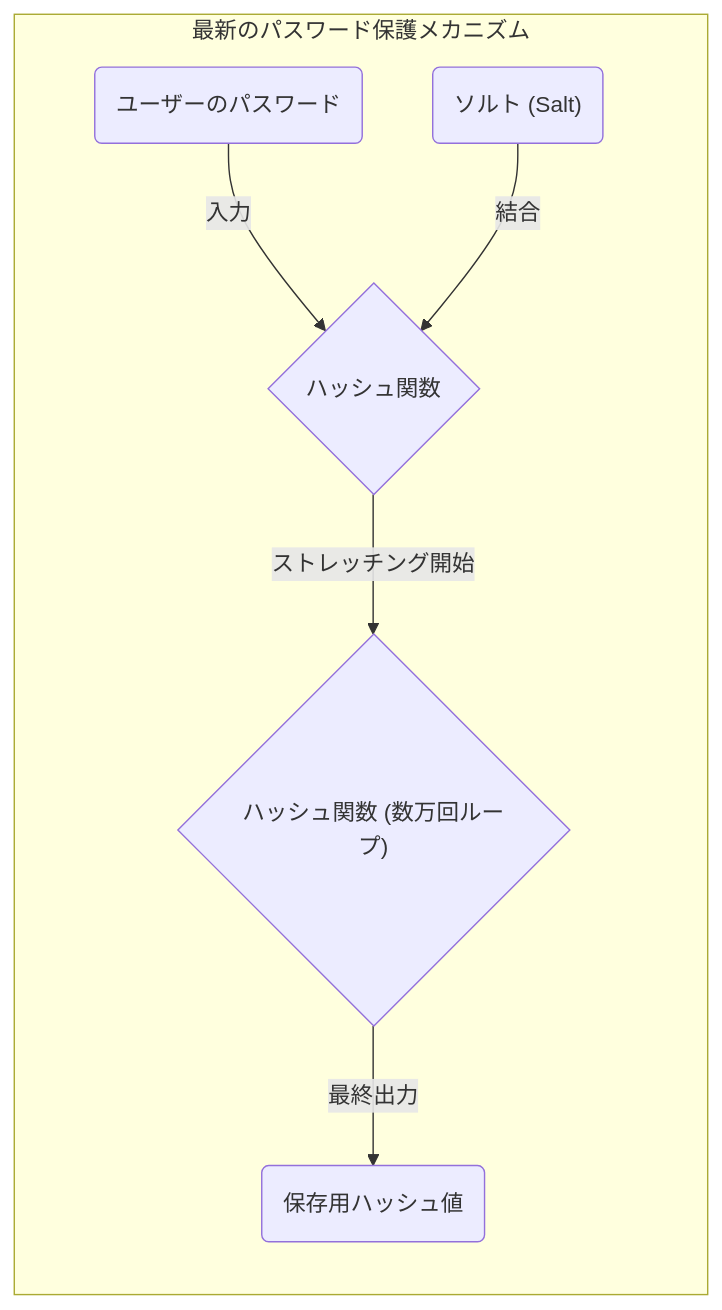
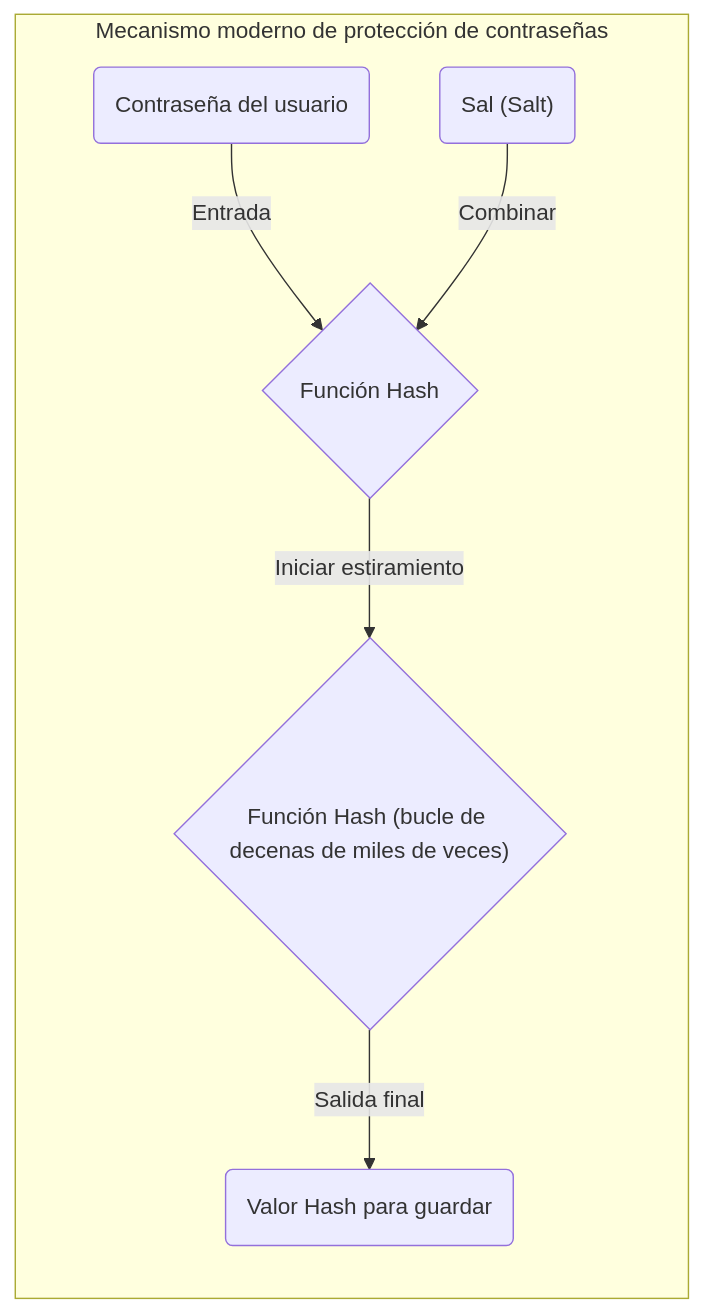
The third of 3 diagrams in content/post/pigeonhole-principle-hash-collision/index.es.md (kenjinote/blog), drawn with Mermaid before and after one commit. The commit also changed other lines of this file and 28 other files, not shown here.

Commit message:
Translate Japanese text inside Mermaid diagrams to respective languages

````diff
--- a/content/post/pigeonhole-principle-hash-collision/index.es.md
+++ b/content/post/pigeonhole-principle-hash-collision/index.es.md
@@ -203,15 +203,15 @@
 ```mermaid
 graph LR
-    subgraph "最新のパスワード保護メカニズム"
-        P("ユーザーのパスワード")
-        S("ソルト (Salt)")
-        H1{"ハッシュ関数"}
-        H2{"ハッシュ関数 (数万回ループ)"}
-        R("保存用ハッシュ値")
+    subgraph "Mecanismo moderno de protección de contraseñas"
+        P("Contraseña del usuario")
+        S("Sal (Salt)")
+        H1{"Función Hash"}
+        H2{"Función Hash (bucle de decenas de miles de veces)"}
+        R("Valor Hash para guardar")
     end
 
-    P -->|"入力"| H1
-    S -->|"結合"| H1
-    H1 -->|"ストレッチング開始"| H2
-    H2 -->|"最終出力"| R
+    P -->|"Entrada"| H1
+    S -->|"Combinar"| H1
+    H1 -->|"Iniciar estiramiento"| H2
+    H2 -->|"Salida final"| R
 ```
````
